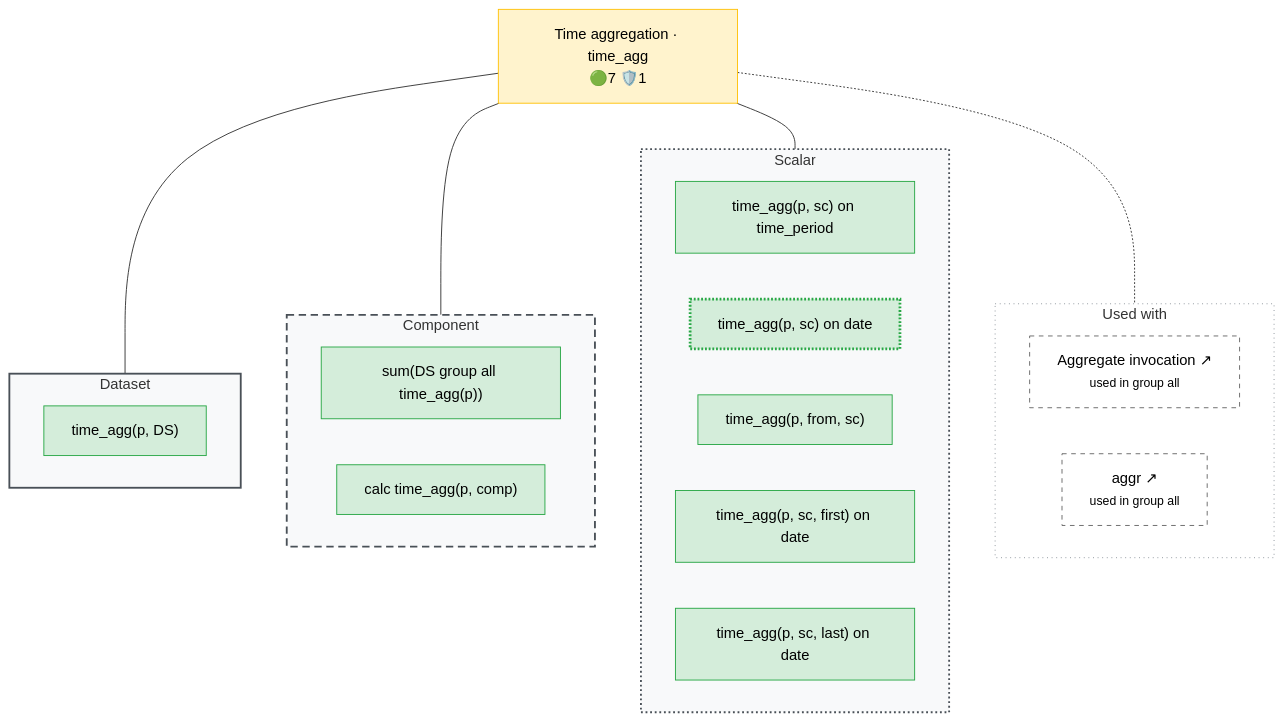
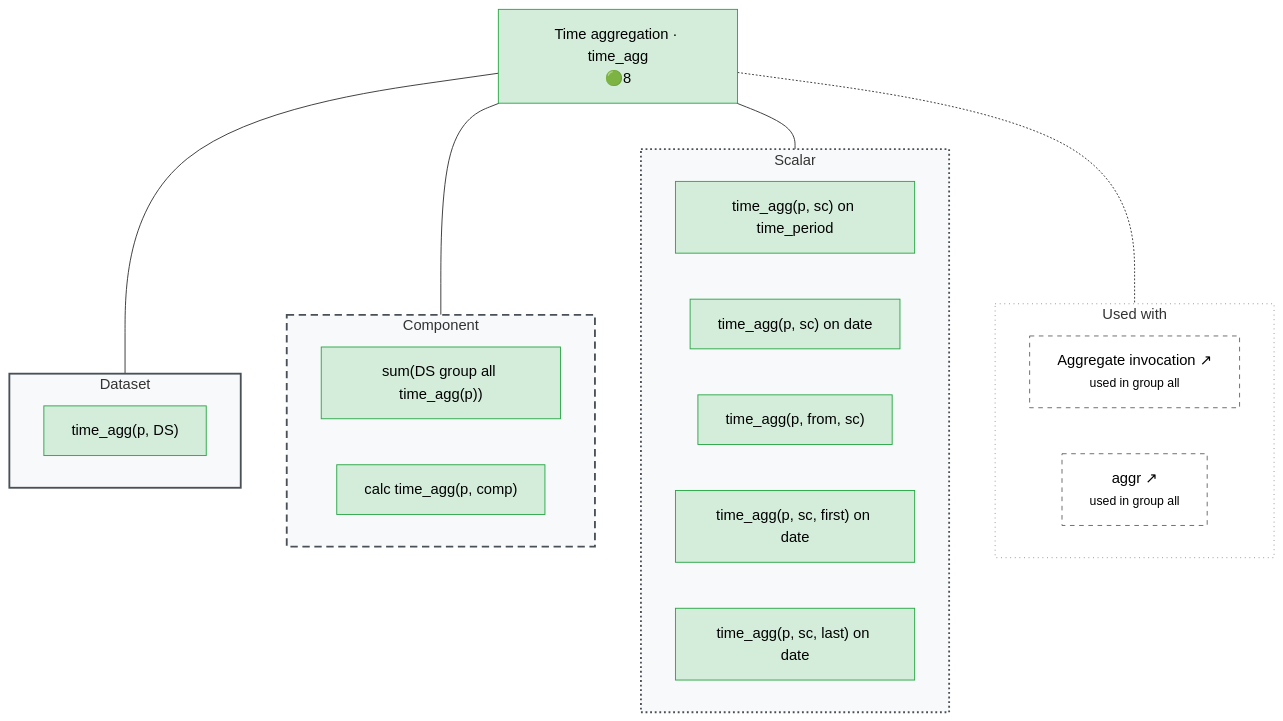
One commit to Meaningful-Data/vtlengine changed the diagram in docs/operator_map/time/time_agg.rst. Above: the diagram before and after it, drawn with Mermaid. The commit also changed other lines of this file and 140 other files, not shown here.

First line of the commit message:
Expect the error where the manual gives lag, lead and time_agg no default

```diff
--- a/docs/operator_map/time/time_agg.rst
+++ b/docs/operator_map/time/time_agg.rst
@@ -21,52 +21,52 @@
 .. mermaid::
    :config: {"flowchart": {"useMaxWidth": false}}
 
    flowchart TB
        classDef ok fill:#d4edda,stroke:#28a745,color:#000
        classDef partial fill:#fff3cd,stroke:#ffc107,color:#000
        classDef refused fill:#d4edda,stroke:#28a745,stroke-width:3px,stroke-dasharray: 2 2,color:#000
        classDef missing fill:#f8d7da,stroke:#dc3545,color:#000
        classDef diverge fill:#cce5ff,stroke:#007bff,color:#000
        classDef block fill:#2b3a4a,stroke:#2b3a4a,color:#fff,font-weight:bold
        classDef ext fill:#fff,stroke:#666,color:#000,stroke-dasharray: 5 5
-       O["Time aggregation · time_agg<br/>🟢7 🛡️1"]:::partial
+       O["Time aggregation · time_agg<br/>🟢8"]:::ok
        subgraph G_ds["Dataset"]
            direction LR
            v_ds["time_agg(p, DS)"]:::ok
        end
        subgraph G_comp["Component"]
            direction LR
            v_group_all["sum(DS group all time_agg(p))"]:::ok
            v_comp["calc time_agg(p, comp)"]:::ok
        end
        subgraph G_sc["Scalar"]
            direction LR
            v_sc_time_period["time_agg(p, sc) on time_period"]:::ok
-           v_sc_date["time_agg(p, sc) on date"]:::refused
+           v_sc_date["time_agg(p, sc) on date"]:::ok
            v_period_from["time_agg(p, from, sc)"]:::ok
            v_first["time_agg(p, sc, first) on date"]:::ok
            v_last["time_agg(p, sc, last) on date"]:::ok
        end
        subgraph G_use["Used with"]
            direction LR
            used__aggregate__aggregate_invocation["Aggregate invocation ↗<br/><small>used in group all</small>"]:::ext
            used__clause__aggr["aggr ↗<br/><small>used in group all</small>"]:::ext
        end
        O --- G_ds
        O --- G_comp
        O --- G_sc
        O -.- G_use
        style G_ds fill:#f8f9fa,stroke:#495057,stroke-width:2px
        style G_comp fill:#f8f9fa,stroke:#495057,stroke-width:2px,stroke-dasharray: 8 5
        style G_sc fill:#f8f9fa,stroke:#495057,stroke-width:2px,stroke-dasharray: 2 3
        style G_use fill:#ffffff,stroke:#868e96,stroke-width:1px,stroke-dasharray: 1 4
        click v_group_all href "#form-group-all"
        click v_ds href "#form-ds"
        click v_comp href "#form-comp"
        click v_sc_time_period href "#form-sc-time-period"
        click v_sc_date href "#form-sc-date"
        click v_period_from href "#form-period-from"
        click v_first href "#form-first"
        click v_last href "#form-last"
        click used__aggregate__aggregate_invocation href "../aggregate/aggregate_invocation.html" "Aggregate invocation · group by"
        click used__clause__aggr href "../clause/aggr.html" "Aggregation · aggr"
```
